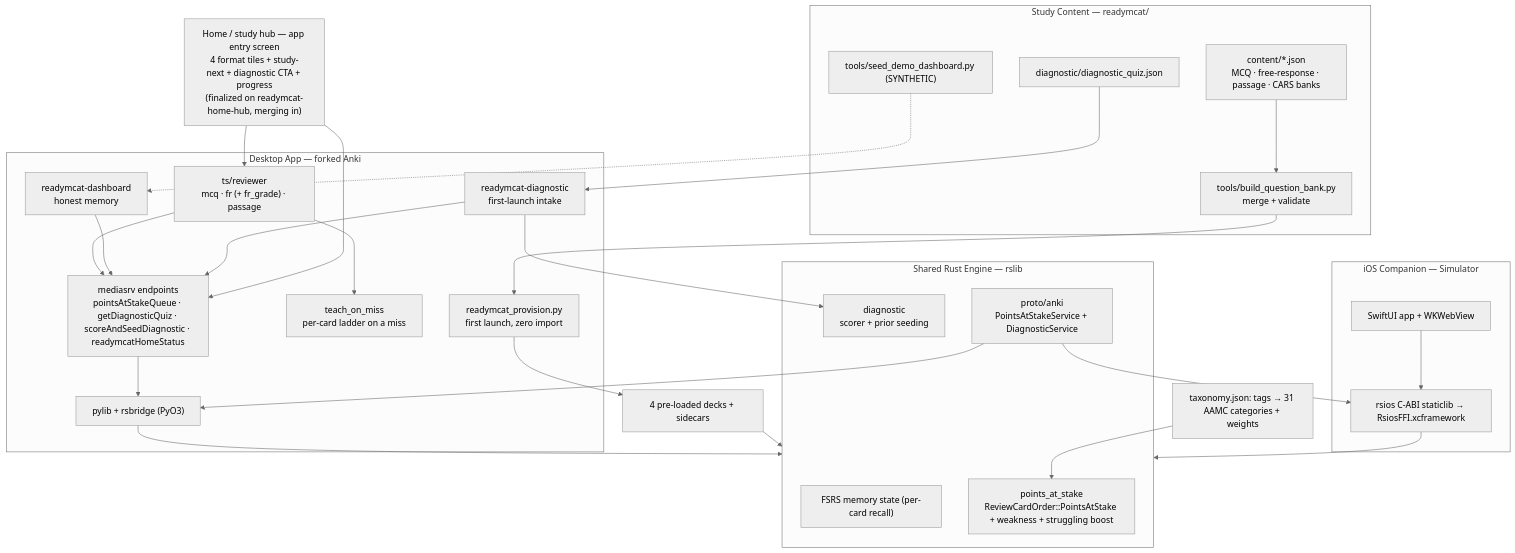
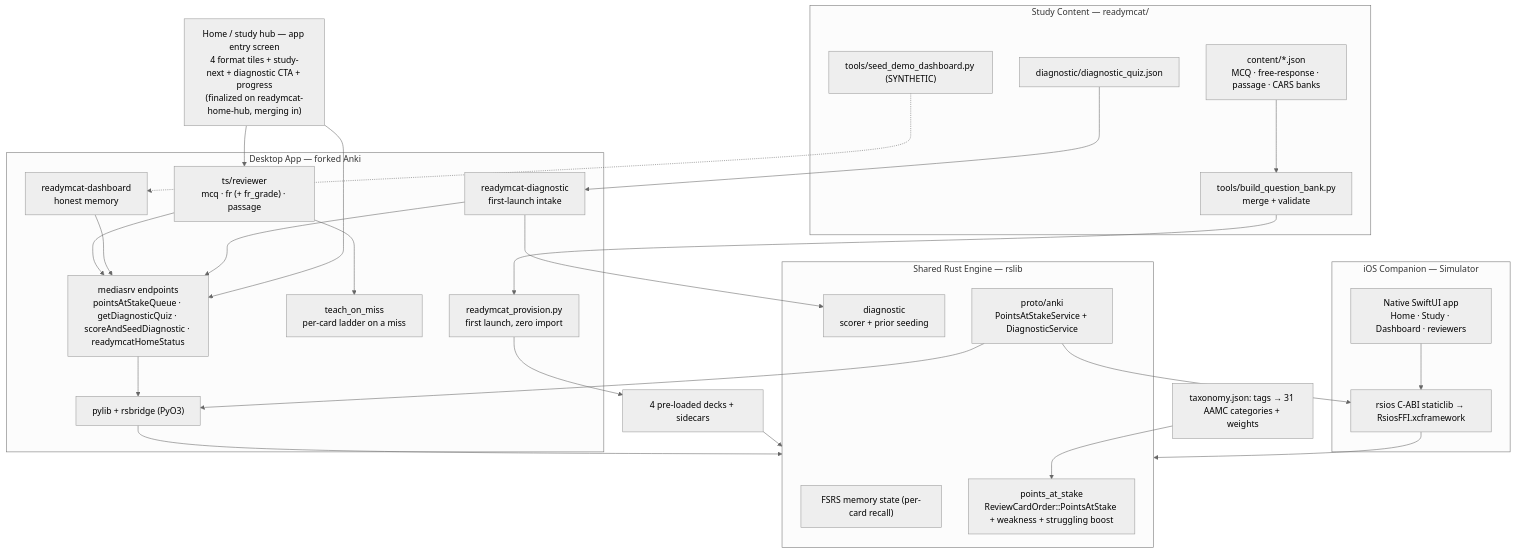
Before and after one commit to notAidven/Anki-MCAT: the third of 3 diagrams in docs/ReadyMCAT-PRD.md, drawn with Mermaid (neutral theme). The commit also changed other lines of this file and 1 other file, not shown here.

Commit message:
docs(readymcat-ios): describe the native app + update PRD iOS parity

````diff
--- a/docs/ReadyMCAT-PRD.md
+++ b/docs/ReadyMCAT-PRD.md
@@ -166,47 +166,47 @@
 ```mermaid
 flowchart TD
     subgraph content [Study Content — readymcat/]
         Banks["content/*.json<br/>MCQ · free-response · passage · CARS banks"]
         Build["tools/build_question_bank.py<br/>merge + validate"]
         DiagJSON["diagnostic/diagnostic_quiz.json"]
         Seed["tools/seed_demo_dashboard.py (SYNTHETIC)"]
     end
     subgraph engine [Shared Rust Engine — rslib]
         FSRS["FSRS memory state (per-card recall)"]
         PAS["points_at_stake<br/>ReviewCardOrder::PointsAtStake + weakness + struggling boost"]
         DiagRs["diagnostic<br/>scorer + prior seeding"]
         Proto["proto/anki<br/>PointsAtStakeService + DiagnosticService"]
     end
     subgraph desktop [Desktop App — forked Anki]
         Prov["readymcat_provision.py<br/>first launch, zero import"]
         Reviewers["ts/reviewer<br/>mcq · fr (+ fr_grade) · passage"]
         TOM["teach_on_miss<br/>per-card ladder on a miss"]
         Dash["readymcat-dashboard<br/>honest memory"]
         DiagUI["readymcat-diagnostic<br/>first-launch intake"]
         Media["mediasrv endpoints<br/>pointsAtStakeQueue · getDiagnosticQuiz · scoreAndSeedDiagnostic · readymcatHomeStatus"]
         Bridge["pylib + rsbridge (PyO3)"]
     end
     subgraph ios [iOS Companion — Simulator]
-        Swift["SwiftUI app + WKWebView"]
+        Swift["Native SwiftUI app<br/>Home · Study · Dashboard · reviewers"]
         FFI["rsios C-ABI staticlib → RsiosFFI.xcframework"]
     end
     Taxonomy["taxonomy.json: tags → 31 AAMC categories + weights"]
     Decks["4 pre-loaded decks + sidecars"]
     Hub["Home / study hub — app entry screen<br/>4 format tiles + study-next + diagnostic CTA + progress<br/>(finalized on readymcat-home-hub, merging in)"]
 
     Banks --> Build --> Prov --> Decks --> engine
     DiagJSON --> DiagUI
     Seed -.-> Dash
     Taxonomy --> PAS
     Reviewers --> TOM
     Reviewers --> Media
     Dash --> Media
     DiagUI --> Media
     DiagUI --> DiagRs
     Media --> Bridge --> engine
     Swift --> FFI --> engine
     Proto --> Bridge
     Proto --> FFI
     Hub --> Media
     Hub --> Reviewers
 ```
````
